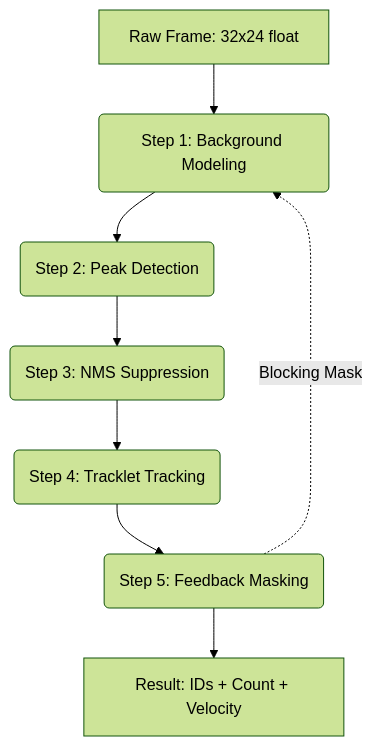
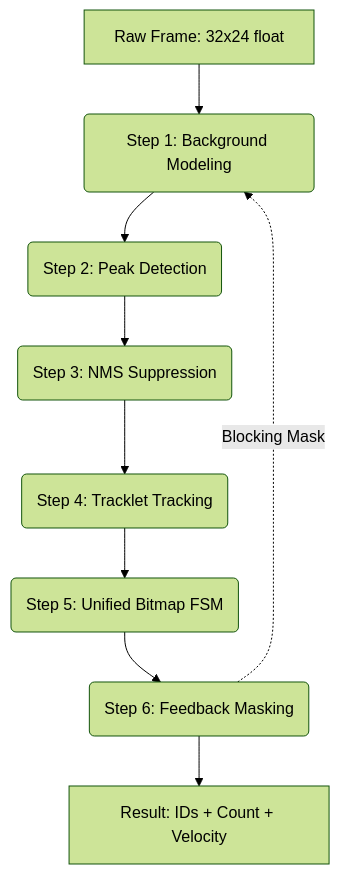
One commit to xchorizoxx/ESP32-THERMAL-COUNTER changed the diagram in docs/architecture/pipeline_stages.md. Above: the diagram before and after it, drawn with Mermaid (forest theme). The commit also changed 2 other files, not shown here.

Commit message:
feat: implement TrackletFSM with O(1) Unified Bitmap for autonomous ROI tracking and ghost suppression

````diff
--- a/docs/architecture/pipeline_stages.md
+++ b/docs/architecture/pipeline_stages.md
@@ -10,11 +10,12 @@
 ```mermaid
 graph TD
     A[Raw Frame: 32x24 float] --> B(Step 1: Background Modeling)
     B --> C(Step 2: Peak Detection)
     C --> D(Step 3: NMS Suppression)
     D --> E(Step 4: Tracklet Tracking)
-    E --> F(Step 5: Feedback Masking)
-    F --> G[Result: IDs + Count + Velocity]
+    E --> F(Step 5: Unified Bitmap FSM)
+    F --> G(Step 6: Feedback Masking)
+    G --> H[Result: IDs + Count + Velocity]
     
-    F -.->|Blocking Mask| B
+    G -.->|Blocking Mask| B
 ```
````
